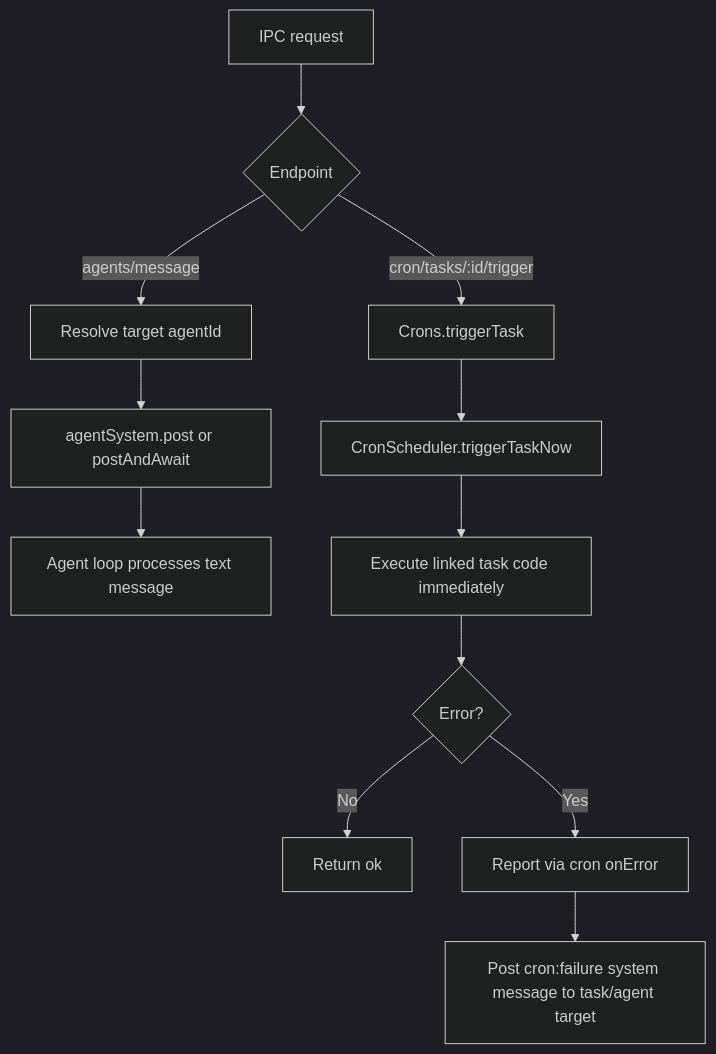
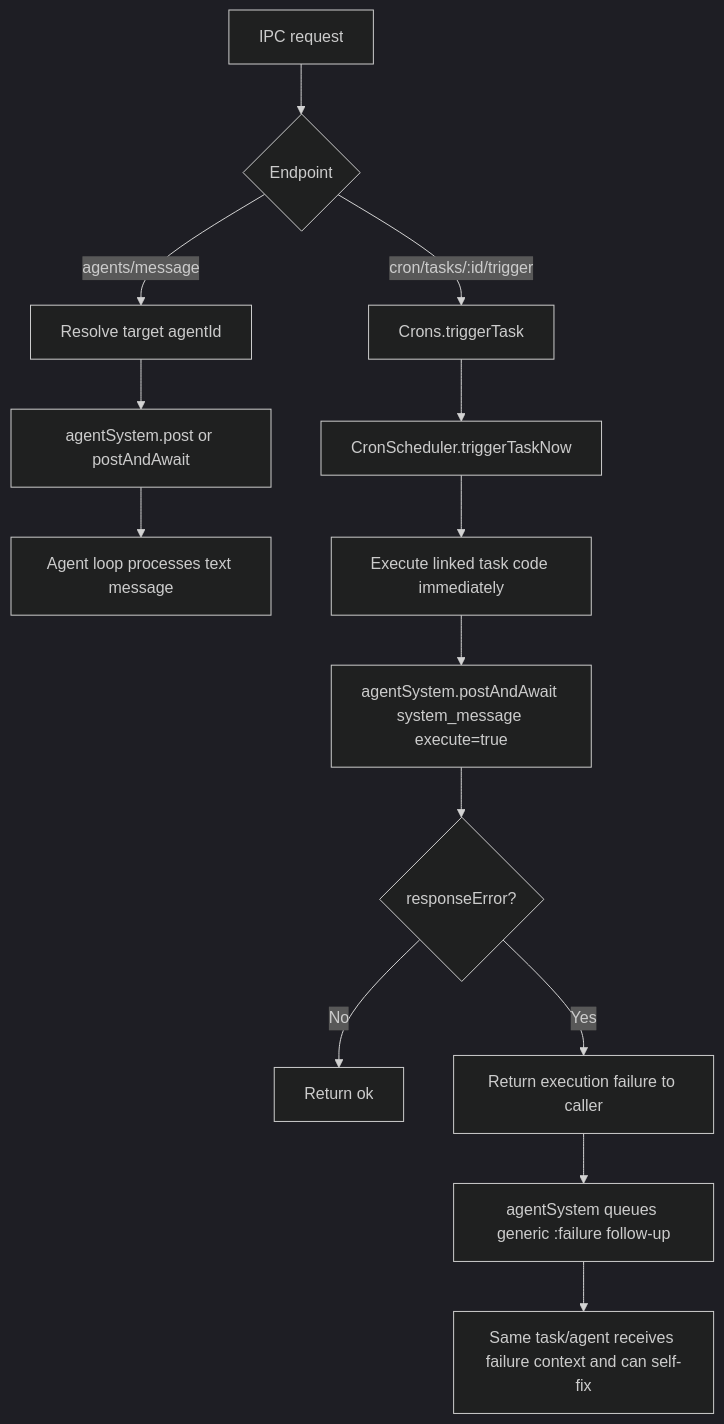
The diagram in doc/20260301-ipc-agent-message-and-cron-trigger.md (ex3ndr/daycare), drawn with Mermaid (dark theme) before and after one commit. The commit also changed other lines of this file and 8 other files, not shown here.

Commit message:
fix(engine): move executable failure follow-up to agents

````diff
--- a/doc/20260301-ipc-agent-message-and-cron-trigger.md
+++ b/doc/20260301-ipc-agent-message-and-cron-trigger.md
@@ -17,14 +29,16 @@
 ```mermaid
 flowchart TD
     A[IPC request] --> B{Endpoint}
     B -->|agents/message| C[Resolve target agentId]
     C --> D[agentSystem.post or postAndAwait]
     D --> E[Agent loop processes text message]
     B -->|cron/tasks/:id/trigger| F[Crons.triggerTask]
     F --> G[CronScheduler.triggerTaskNow]
     G --> H[Execute linked task code immediately]
-    H --> I{Error?}
-    I -->|No| J[Return ok]
-    I -->|Yes| K[Report via cron onError]
-    K --> L[Post cron:failure system message to task/agent target]
+    H --> I[agentSystem.postAndAwait system_message execute=true]
+    I --> J{responseError?}
+    J -->|No| K[Return ok]
+    J -->|Yes| L[Return execution failure to caller]
+    L --> M[agentSystem queues generic <origin>:failure follow-up]
+    M --> N[Same task/agent receives failure context and can self-fix]
 ```
````
